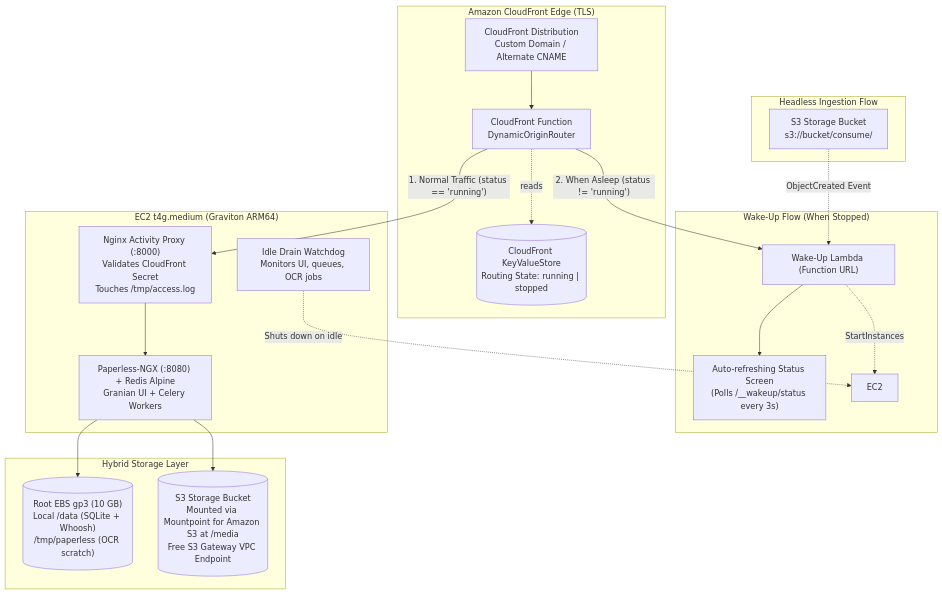
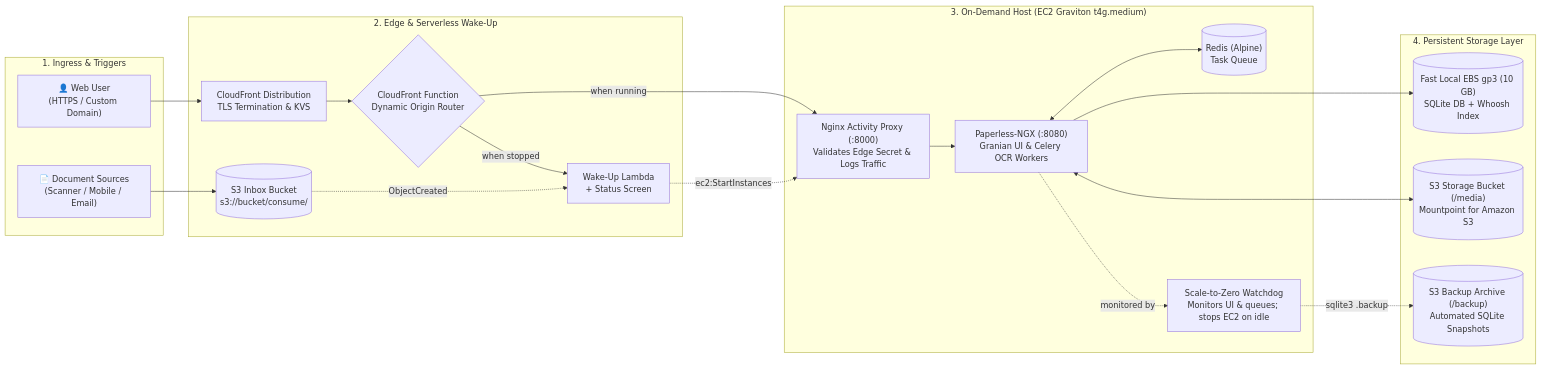
One commit to plthomasva/paperless-ngx-on-demand changed the diagram in docs/src/content/docs/overview.md. Above: the diagram before and after it, drawn with Mermaid. The commit also changed 1 other file, not shown here.

Commit message:
docs: rearrange architecture diagram into clean 4-stage horizontal pipeline (#22)

````diff
--- a/docs/src/content/docs/overview.md
+++ b/docs/src/content/docs/overview.md
@@ -20,40 +20,50 @@
 ```mermaid
-flowchart TD
-    subgraph Edge["Amazon CloudFront Edge (TLS)"]
-        CF["CloudFront Distribution<br/>Custom Domain / Alternate CNAME"]
-        KVS[("CloudFront KeyValueStore<br/>Routing State: running | stopped")]
-        CFFunction["CloudFront Function<br/>DynamicOriginRouter"]
-        CF --> CFFunction
-        CFFunction -. reads .-> KVS
+flowchart LR
+    %% Column 1: Ingress
+    subgraph Ingress["1. Ingress & Triggers"]
+        User["👤 Web User<br/>(HTTPS / Custom Domain)"]
+        Scanner["📄 Document Sources<br/>(Scanner / Mobile / Email)"]
     end
 
-    subgraph Wakeup["Wake-Up Flow (When Stopped)"]
-        Lambda["Wake-Up Lambda (Function URL)"]
-        WakeupUI["Auto-refreshing Status Screen<br/>(Polls /__wakeup/status every 3s)"]
-        Lambda --> WakeupUI
-        Lambda -. "StartInstances" .-> EC2
+    %% Column 2: Edge Routing & Wakeup
+    subgraph Edge["2. Edge & Serverless Wake-Up"]
+        CF["CloudFront Distribution<br/>TLS Termination & KVS"]
+        Router{"CloudFront Function<br/>Dynamic Origin Router"}
+        Lambda["Wake-Up Lambda<br/>+ Status Screen"]
+        S3Inbox[("S3 Inbox Bucket<br/>s3://bucket/consume/")]
+
+        CF --> Router
+        Router -- "when stopped" --> Lambda
+        S3Inbox -. "ObjectCreated" .-> Lambda
     end
 
-    subgraph Ingestion["Headless Ingestion Flow"]
-        S3Inbox["S3 Storage Bucket<br/>s3://bucket/consume/"]
-        S3Inbox -. "ObjectCreated Event" .-> Lambda
+    %% Column 3: Compute
+    subgraph Compute["3. On-Demand Host (EC2 Graviton t4g.medium)"]
+        Proxy["Nginx Activity Proxy (:8000)<br/>Validates Edge Secret & Logs Traffic"]
+        App["Paperless-NGX (:8080)<br/>Granian UI & Celery OCR Workers"]
+        Redis[("Redis (Alpine)<br/>Task Queue")]
+        Watchdog["Scale-to-Zero Watchdog<br/>Monitors UI & queues; stops EC2 on idle"]
+
+        Proxy --> App
+        App <--> Redis
+        App -. "monitored by" .-> Watchdog
     end
 
-    subgraph Compute["EC2 t4g.medium (Graviton ARM64)"]
-        Proxy["Nginx Activity Proxy (:8000)<br/>Validates CloudFront Secret<br/>Touches /tmp/access.log"]
-        App["Paperless-NGX (:8080) + Redis Alpine<br/>Granian UI + Celery Workers"]
-        Watchdog["Idle Drain Watchdog<br/>Monitors UI, queues, OCR jobs"]
-        Proxy --> App
-        Watchdog -. "Shuts down on idle" .-> EC2
+    %% Column 4: Storage
+    subgraph Storage["4. Persistent Storage Layer"]
+        EBS[("Fast Local EBS gp3 (10 GB)<br/>SQLite DB + Whoosh Index")]
+        S3Media[("S3 Storage Bucket (/media)<br/>Mountpoint for Amazon S3")]
+        S3Backup[("S3 Backup Archive (/backup)<br/>Automated SQLite Snapshots")]
     end
 
-    subgraph Storage["Hybrid Storage Layer"]
-        EBS[("Root EBS gp3 (10 GB)<br/>Local /data (SQLite + Whoosh)<br/>/tmp/paperless (OCR scratch)")]
-        S3Media[("S3 Storage Bucket<br/>Mounted via Mountpoint for Amazon S3 at /media<br/>Free S3 Gateway VPC Endpoint")]
-        App --> EBS
-        App --> S3Media
-    end
+    %% Cross-column connections (Strictly Left to Right)
+    User --> CF
+    Scanner --> S3Inbox
 
-    CFFunction -- "1. Normal Traffic (status == 'running')" --> Proxy
-    CFFunction -- "2. When Asleep (status != 'running')" --> Lambda
+    Router -- "when running" --> Proxy
+    Lambda -. "ec2:StartInstances" .-> Proxy
+
+    App --> EBS
+    App <--> S3Media
+    Watchdog -. "sqlite3 .backup" .-> S3Backup
 ```
````
